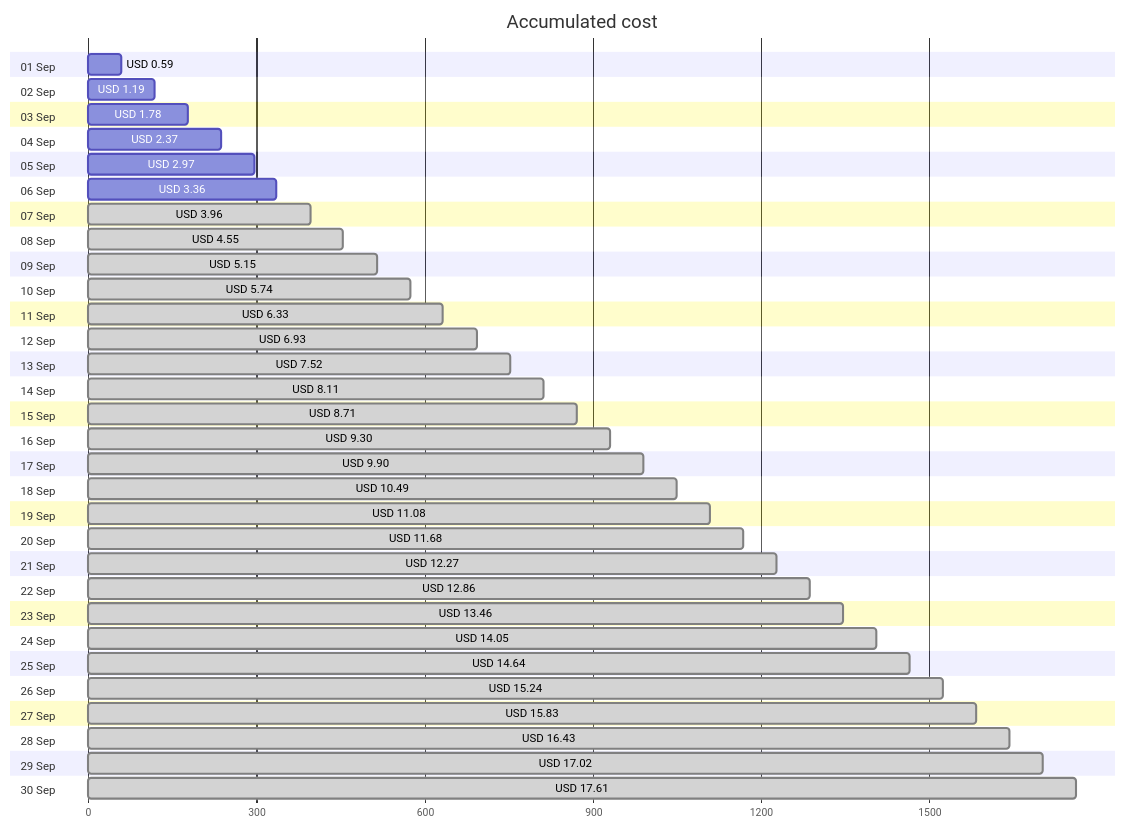
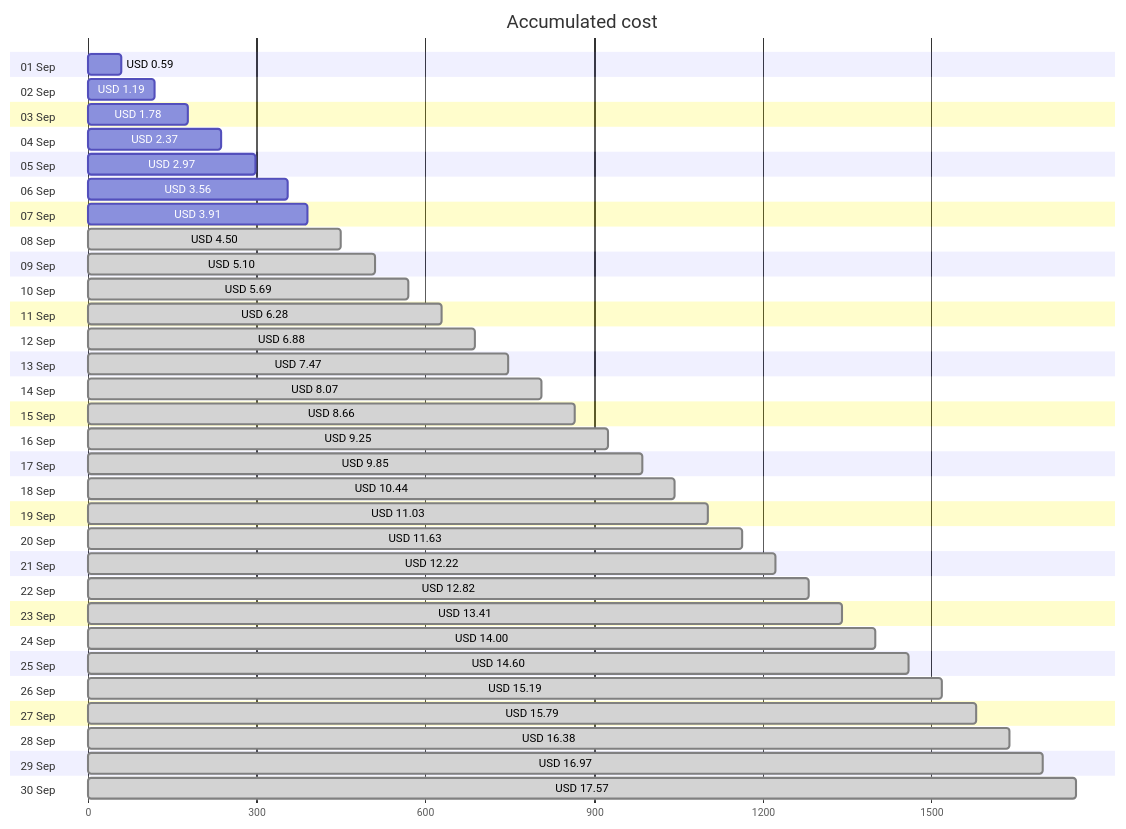
One commit to jpfulton/azure-personal-reports changed the first of 4 diagrams in cost-reports/personal-site/README.md. Above: the diagram before and after it, drawn with Mermaid. The commit also changed other lines of this file and 6 other files, not shown here.

````diff
--- a/cost-reports/personal-site/README.md
+++ b/cost-reports/personal-site/README.md
@@ -20,66 +20,66 @@
 ```mermaid
 gantt
    title Accumulated cost
    dateFormat  X
    axisFormat %s
    section 01 Sep
    USD 0.59 :0, 59
    section 02 Sep
    USD 1.19 :0, 119
    section 03 Sep
    USD 1.78 :0, 178
    section 04 Sep
    USD 2.37 :0, 237
    section 05 Sep
    USD 2.97 :0, 297
    section 06 Sep
-   USD 3.36 :0, 336
+   USD 3.56 :0, 356
    section 07 Sep
-   USD 3.96 : done, 0, 396
+   USD 3.91 :0, 391
    section 08 Sep
-   USD 4.55 : done, 0, 455
+   USD 4.50 : done, 0, 450
    section 09 Sep
-   USD 5.15 : done, 0, 515
+   USD 5.10 : done, 0, 510
    section 10 Sep
-   USD 5.74 : done, 0, 574
+   USD 5.69 : done, 0, 569
    section 11 Sep
-   USD 6.33 : done, 0, 633
+   USD 6.28 : done, 0, 628
    section 12 Sep
-   USD 6.93 : done, 0, 693
+   USD 6.88 : done, 0, 688
    section 13 Sep
-   USD 7.52 : done, 0, 752
+   USD 7.47 : done, 0, 747
    section 14 Sep
-   USD 8.11 : done, 0, 811
+   USD 8.07 : done, 0, 807
    section 15 Sep
-   USD 8.71 : done, 0, 871
+   USD 8.66 : done, 0, 866
    section 16 Sep
-   USD 9.30 : done, 0, 930
+   USD 9.25 : done, 0, 925
    section 17 Sep
-   USD 9.90 : done, 0, 990
+   USD 9.85 : done, 0, 985
    section 18 Sep
-   USD 10.49 : done, 0, 1049
+   USD 10.44 : done, 0, 1044
    section 19 Sep
-   USD 11.08 : done, 0, 1108
+   USD 11.03 : done, 0, 1103
    section 20 Sep
-   USD 11.68 : done, 0, 1168
+   USD 11.63 : done, 0, 1163
    section 21 Sep
-   USD 12.27 : done, 0, 1227
+   USD 12.22 : done, 0, 1222
    section 22 Sep
-   USD 12.86 : done, 0, 1286
+   USD 12.82 : done, 0, 1282
    section 23 Sep
-   USD 13.46 : done, 0, 1346
+   USD 13.41 : done, 0, 1341
    section 24 Sep
-   USD 14.05 : done, 0, 1405
+   USD 14.00 : done, 0, 1400
    section 25 Sep
-   USD 14.64 : done, 0, 1464
+   USD 14.60 : done, 0, 1460
    section 26 Sep
-   USD 15.24 : done, 0, 1524
+   USD 15.19 : done, 0, 1519
    section 27 Sep
-   USD 15.83 : done, 0, 1583
+   USD 15.79 : done, 0, 1579
    section 28 Sep
-   USD 16.43 : done, 0, 1643
+   USD 16.38 : done, 0, 1638
    section 29 Sep
-   USD 17.02 : done, 0, 1702
+   USD 16.97 : done, 0, 1697
    section 30 Sep
-   USD 17.61 : done, 0, 1761
+   USD 17.57 : done, 0, 1757
 ```
````
